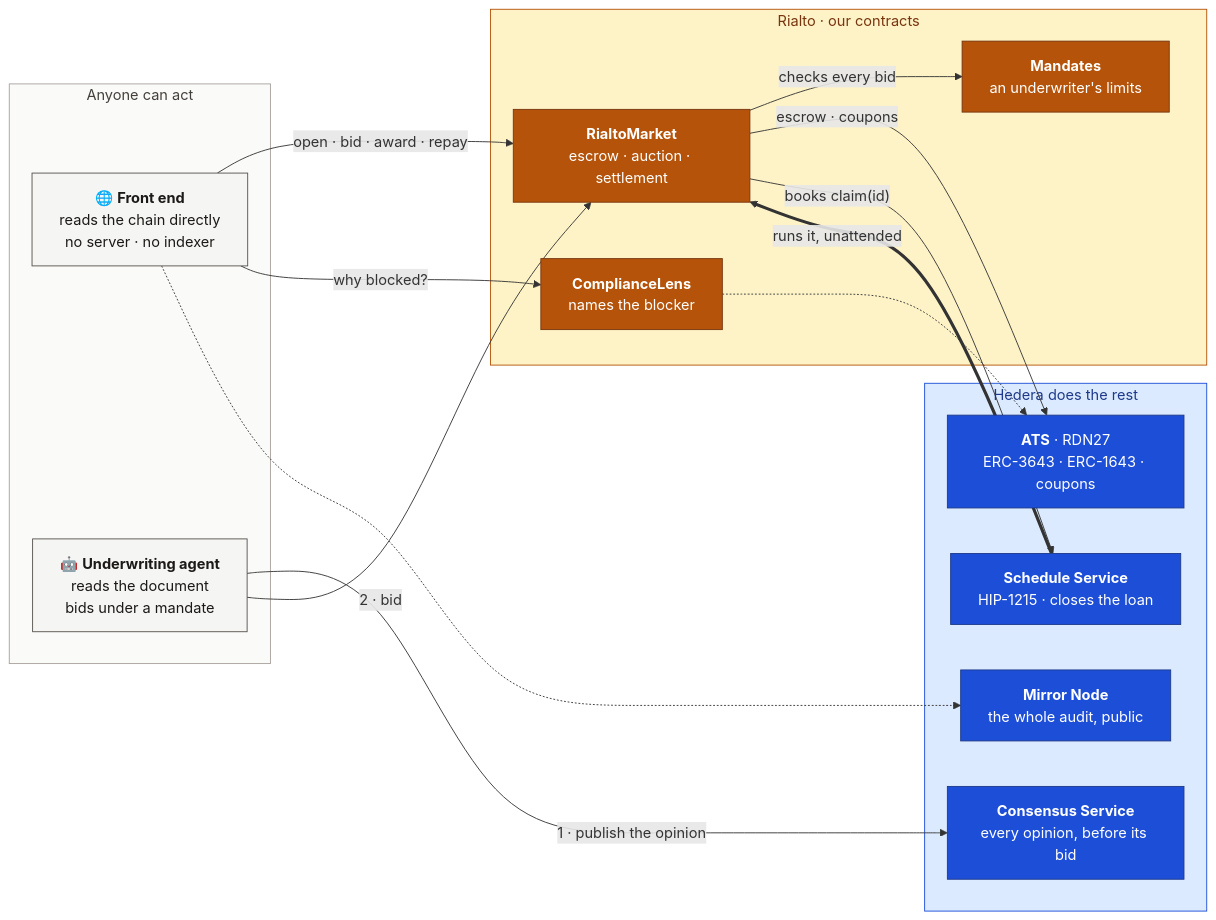
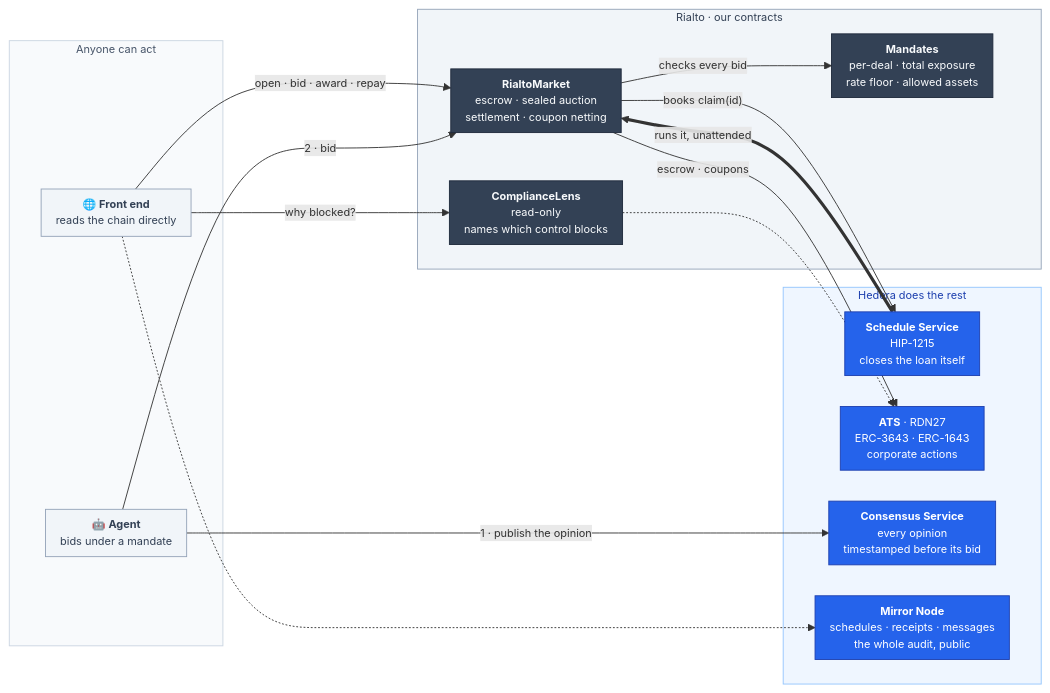
One commit to Madhav-Gupta-28/Rialto changed the second of 2 diagrams in README.md. Above: the diagram before and after it, drawn with Mermaid. The commit also changed other lines of this file, not shown here.

First line of the commit message:
Shrink the diagrams and settle on one palette

````diff
--- a/README.md
+++ b/README.md
@@ -154,38 +164,48 @@
 ```mermaid
+---
+config:
+  flowchart:
+    nodeSpacing: 34
+    rankSpacing: 70
+    padding: 8
+    useMaxWidth: true
+  themeVariables:
+    fontSize: 12px
+---
 flowchart LR
     subgraph anyone["Anyone can act"]
-        UI["🌐 <b>Front end</b><br/>reads the chain directly<br/>no server · no indexer"]:::actor
-        AG["🤖 <b>Underwriting agent</b><br/>reads the document<br/>bids under a mandate"]:::actor
+        UI["🌐 <b>Front end</b><br/>reads the chain directly"]:::actor
+        AG["🤖 <b>Agent</b><br/>bids under a mandate"]:::actor
     end
 
     subgraph rialto["Rialto · our contracts"]
-        MK["<b>RialtoMarket</b><br/>escrow · auction · settlement"]:::rialto
-        MD["<b>Mandates</b><br/>an underwriter's limits"]:::rialto
-        CL["<b>ComplianceLens</b><br/>names the blocker"]:::rialto
+        MK["<b>RialtoMarket</b><br/>escrow · sealed auction<br/>settlement · coupon netting"]:::rialto
+        MD["<b>Mandates</b><br/>per-deal · total exposure<br/>rate floor · allowed assets"]:::rialto
+        CL["<b>ComplianceLens</b><br/>read-only<br/>names which control blocks"]:::rialto
     end
 
     subgraph hedera["Hedera does the rest"]
-        ATS["<b>ATS</b> · RDN27<br/>ERC-3643 · ERC-1643 · coupons"]:::hedera
-        HCS["<b>Consensus Service</b><br/>every opinion, before its bid"]:::hedera
-        HSS["<b>Schedule Service</b><br/>HIP-1215 · closes the loan"]:::hedera
-        MN["<b>Mirror Node</b><br/>the whole audit, public"]:::hedera
+        HSS["<b>Schedule Service</b><br/>HIP-1215<br/>closes the loan itself"]:::hedera
+        ATS["<b>ATS</b> · RDN27<br/>ERC-3643 · ERC-1643<br/>corporate actions"]:::hedera
+        HCS["<b>Consensus Service</b><br/>every opinion<br/>timestamped before its bid"]:::hedera
+        MN["<b>Mirror Node</b><br/>schedules · receipts · messages<br/>the whole audit, public"]:::hedera
     end
 
     UI -->|"open · bid · award · repay"| MK
     UI -->|"why blocked?"| CL
     AG -->|"1 · publish the opinion"| HCS
     AG -->|"2 · bid"| MK
     MK -->|"checks every bid"| MD
     MK -->|"escrow · coupons"| ATS
     MK -->|"books claim(id)"| HSS
     HSS ==>|"runs it, unattended"| MK
     CL -.-> ATS
     UI -.-> MN
 
-    classDef rialto fill:#B45309,stroke:#78350F,color:#FFFFFF
-    classDef hedera fill:#1D4ED8,stroke:#1E3A8A,color:#FFFFFF
-    classDef actor fill:#F5F5F4,stroke:#57534E,color:#1C1917
-    style anyone fill:#FAFAF9,stroke:#A8A29E,color:#44403C
-    style rialto fill:#FEF3C7,stroke:#B45309,color:#78350F
-    style hedera fill:#DBEAFE,stroke:#1D4ED8,color:#1E3A8A
+    classDef rialto fill:#334155,stroke:#1E293B,color:#F8FAFC
+    classDef hedera fill:#2563EB,stroke:#1E40AF,color:#FFFFFF
+    classDef actor fill:#F1F5F9,stroke:#94A3B8,color:#334155
+    style anyone fill:#F8FAFC,stroke:#CBD5E1,color:#475569
+    style rialto fill:#F1F5F9,stroke:#94A3B8,color:#334155
+    style hedera fill:#EFF6FF,stroke:#93C5FD,color:#1E40AF
 ```
````
